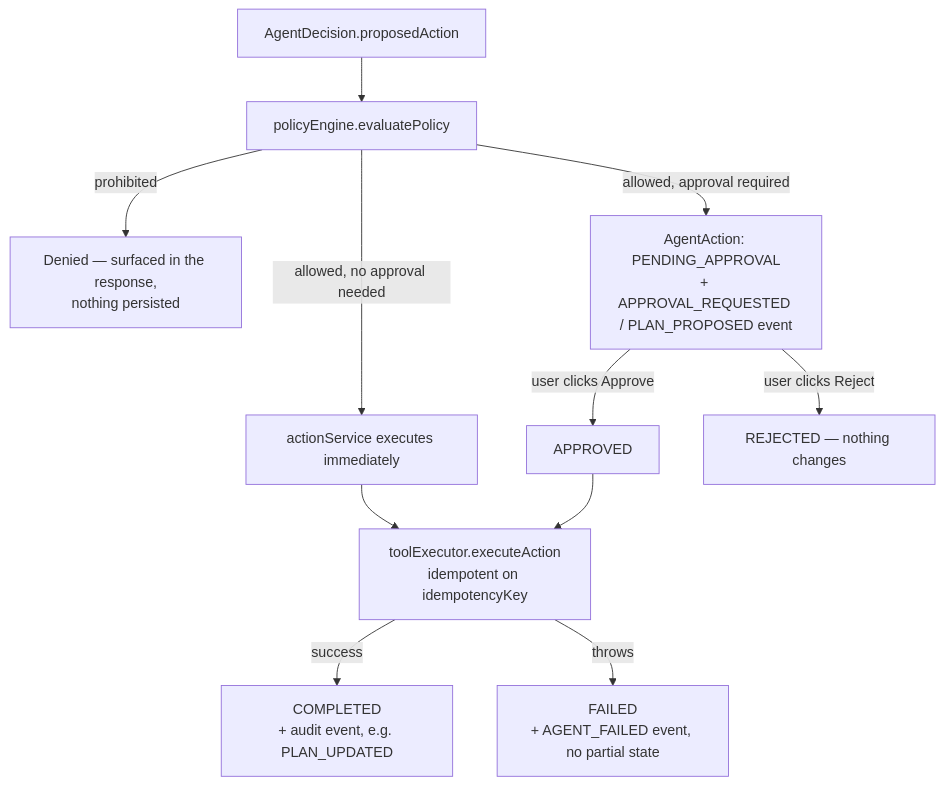
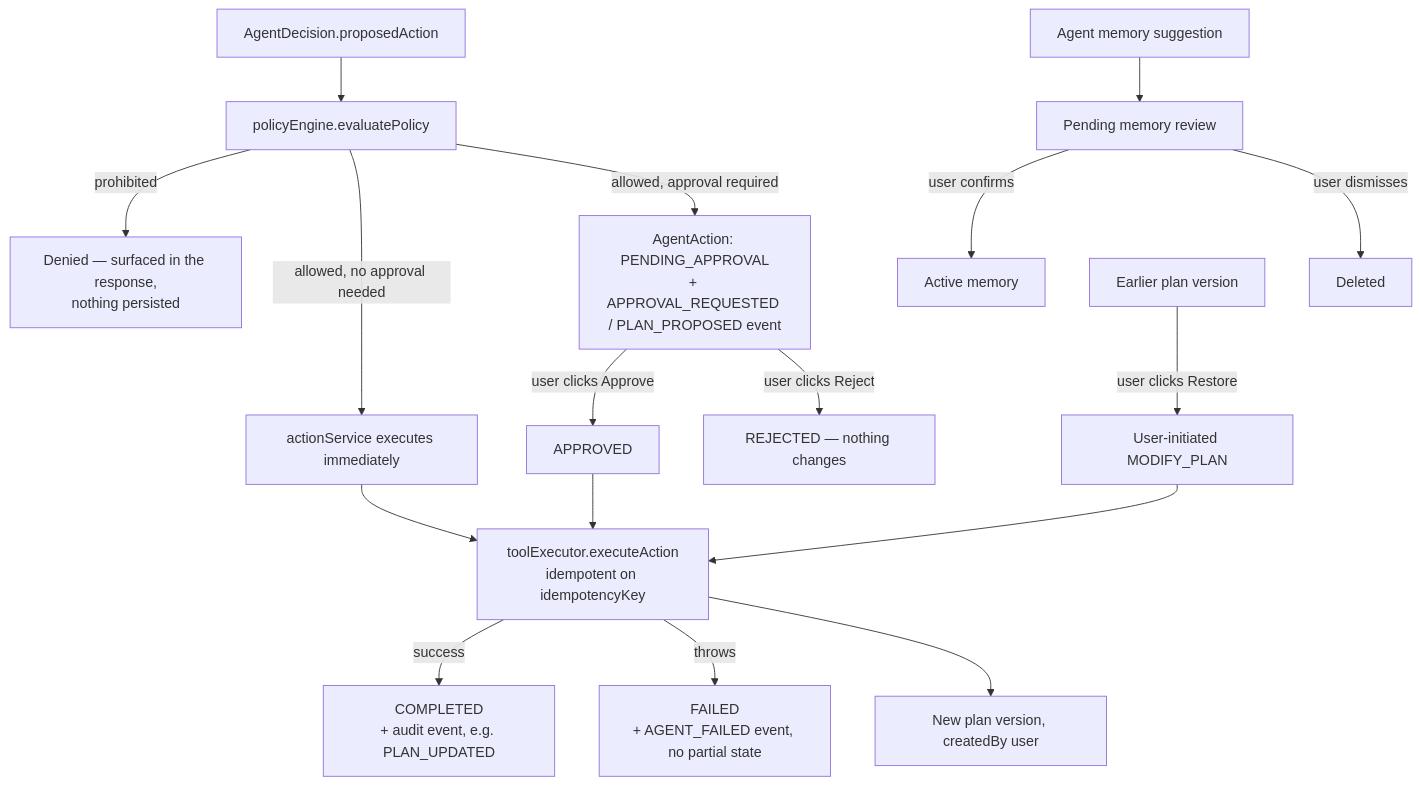
The fourth of 6 diagrams in docs/architecture.md (himanishpuri/continuum), drawn with Mermaid before and after one commit. The commit also changed other lines of this file and 2 other files, not shown here.

First line of the commit message:
docs: document push, revert, memory review, safety layers, evals

````diff
--- a/docs/architecture.md
+++ b/docs/architecture.md
@@ -92,13 +99,19 @@
 ```mermaid
 flowchart TD
     Decision[AgentDecision.proposedAction] --> Policy[policyEngine.evaluatePolicy]
     Policy -->|prohibited| Denied[Denied — surfaced in the response,<br/>nothing persisted]
     Policy -->|allowed, no approval needed| AutoExec[actionService executes immediately]
     Policy -->|allowed, approval required| Pending[AgentAction: PENDING_APPROVAL<br/>+ APPROVAL_REQUESTED / PLAN_PROPOSED event]
     Pending -->|user clicks Approve| Approved[APPROVED]
     Pending -->|user clicks Reject| Rejected[REJECTED — nothing changes]
     Approved --> Exec[toolExecutor.executeAction<br/>idempotent on idempotencyKey]
     AutoExec --> Exec
     Exec -->|success| Completed[COMPLETED<br/>+ audit event, e.g. PLAN_UPDATED]
     Exec -->|throws| Failed[FAILED<br/>+ AGENT_FAILED event, no partial state]
+    PendingMemory[Agent memory suggestion] --> MemoryQueue[Pending memory review]
+    MemoryQueue -->|user confirms| ActiveMemory[Active memory]
+    MemoryQueue -->|user dismisses| Dismissed[Deleted]
+    Version[Earlier plan version] -->|user clicks Restore| Revert[User-initiated MODIFY_PLAN]
+    Revert --> Exec
+    Exec --> NewVersion[New plan version, createdBy user]
 ```
````
